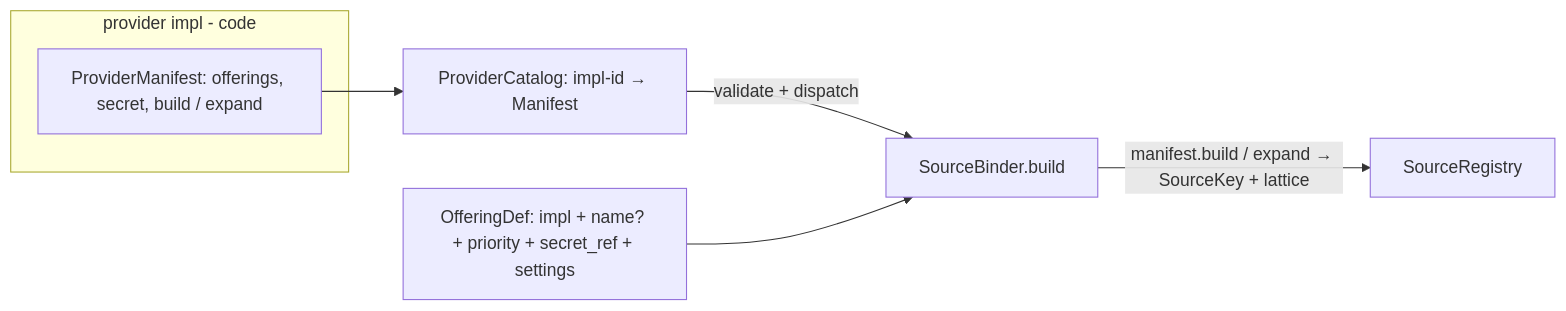
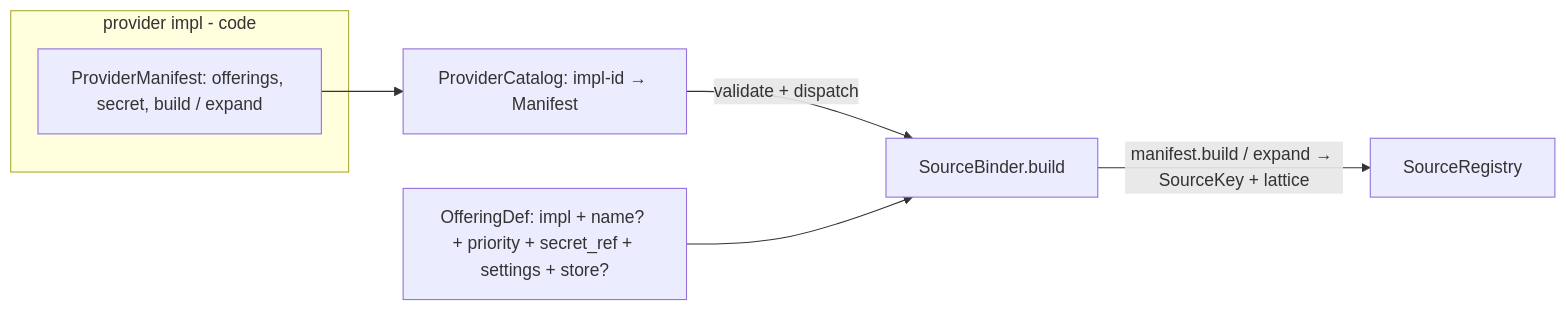
The second of 4 diagrams in docs/adr/0005-build-time-composition.md (dveyarangi/meteoscape), drawn with Mermaid before and after one commit. The commit also changed other lines of this file and 13 other files, not shown here.

````diff
--- a/docs/adr/0005-build-time-composition.md
+++ b/docs/adr/0005-build-time-composition.md
@@ -46,12 +46,12 @@
 ```mermaid
 flowchart LR
   subgraph impl [provider impl - code]
     M["ProviderManifest: offerings, secret, build / expand"]
   end
   CAT["ProviderCatalog: impl-id → Manifest"]
-  OD["OfferingDef: impl + name? + priority + secret_ref + settings"]
+  OD["OfferingDef: impl + name? + priority + secret_ref + settings + store?"]
   M --> CAT
   CAT -->|validate + dispatch| SB[SourceBinder.build]
   OD --> SB
   SB -->|"manifest.build / expand → SourceKey + lattice"| PR[SourceRegistry]
 ```
````
